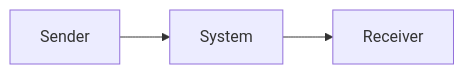
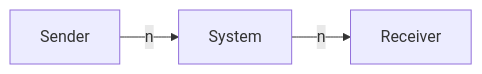
One commit to THA-Embedded-Systems-Lab/soar_ros changed the diagram in doc/Benchmark.md. Above: the diagram before and after it, drawn with Mermaid. The commit also changed other lines of this file and 1 other file, not shown here.

````diff
--- a/doc/Benchmark.md
+++ b/doc/Benchmark.md
@@ -18,4 +19,4 @@
 ```mermaid
 flowchart LR
-    Sender --> System --> Receiver
+    Sender --n--> System --n--> Receiver
 ```
````
